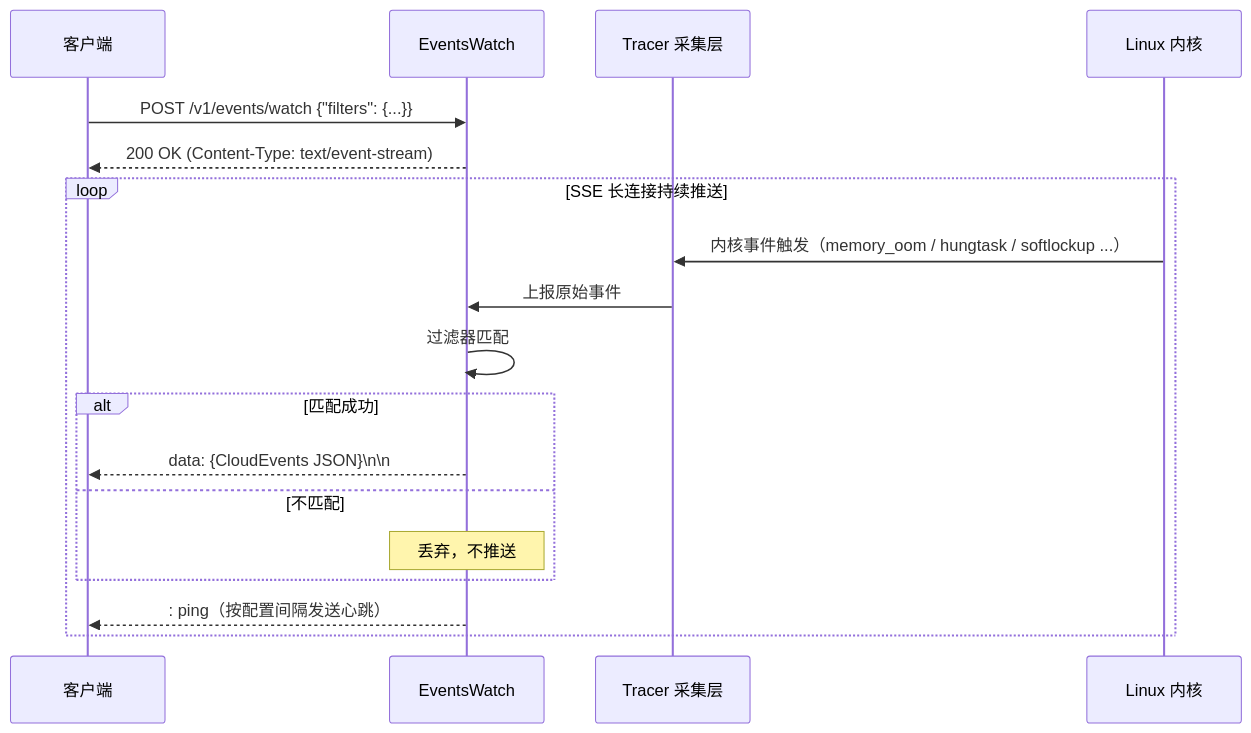
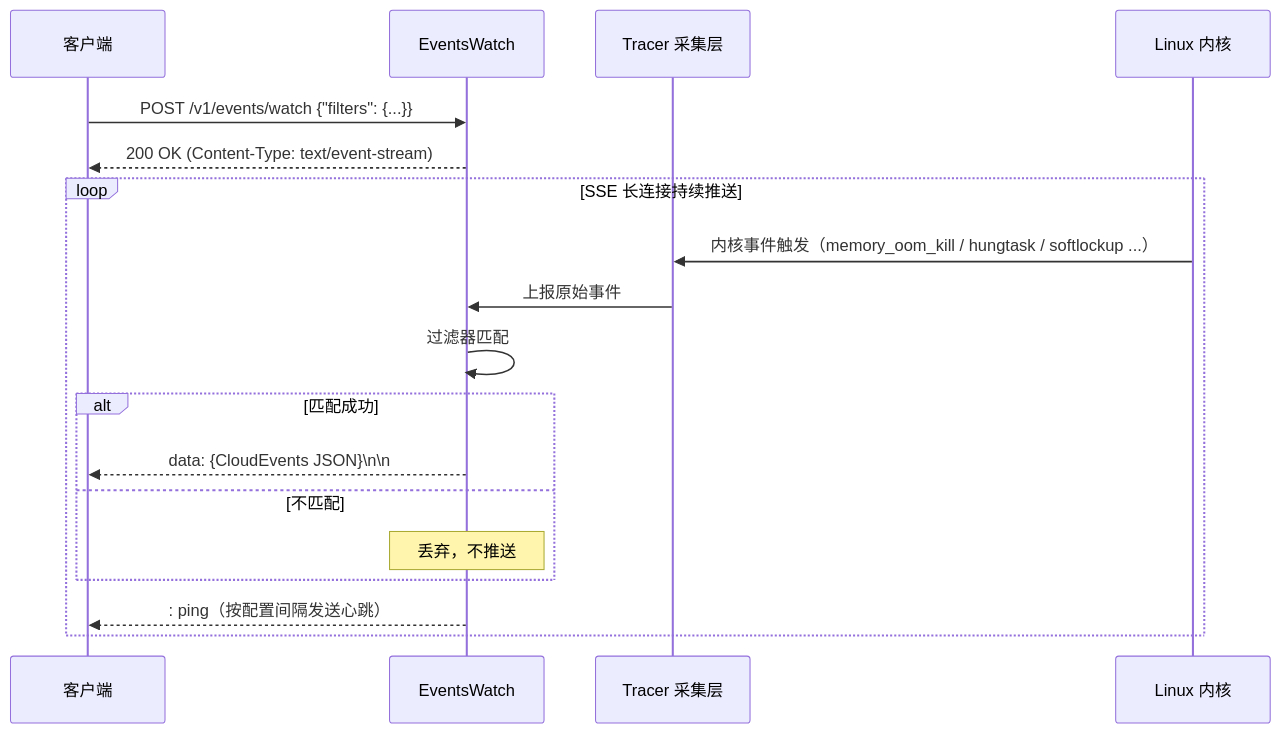
Before and after one commit to ccfos/huatuo: the second of 3 diagrams in docs/best-practice/events-watch_zh.md, drawn with Mermaid. The commit also changed other lines of this file and 12 other files, not shown here.

````diff
--- a/docs/best-practice/events-watch_zh.md
+++ b/docs/best-practice/events-watch_zh.md
@@ -496,22 +496,22 @@
 ```mermaid
 sequenceDiagram
     participant C as 客户端
     participant EW as EventsWatch
     participant T as Tracer 采集层
     participant K as Linux 内核
 
     C->>EW: POST /v1/events/watch {"filters": {...}}
     EW-->>C: 200 OK (Content-Type: text/event-stream)
 
     loop SSE 长连接持续推送
-        K->>T: 内核事件触发（memory_oom / hungtask / softlockup ...）
+        K->>T: 内核事件触发（memory_oom_kill / hungtask / softlockup ...）
         T->>EW: 上报原始事件
         EW->>EW: 过滤器匹配
         alt 匹配成功
             EW-->>C: data: {CloudEvents JSON}\n\n
         else 不匹配
             note over EW: 丢弃，不推送
         end
         EW-->>C: : ping（按配置间隔发送心跳）
     end
 ```
````
